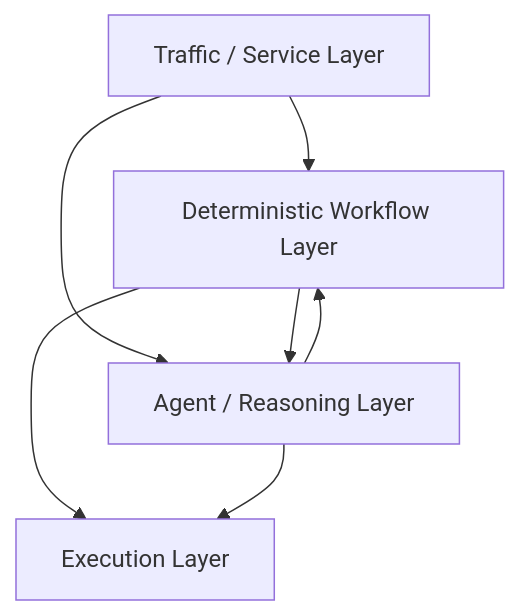
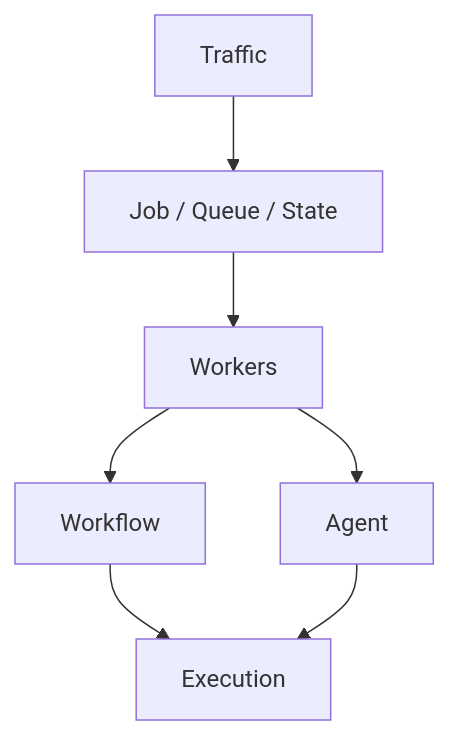
The third of 3 diagrams in rawdata/自动任务编程和部署的通用理解-rawdata.md (klinda78/gemini--chat), drawn with Mermaid before and after one commit. The commit also changed other lines of this file and 6 other files, not shown here.

````diff
--- a/rawdata/自动任务编程和部署的通用理解-rawdata.md
+++ b/rawdata/自动任务编程和部署的通用理解-rawdata.md
@@ -35,16 +113,9 @@
 ```mermaid
 flowchart TB
-    T["Traffic / Service Layer"]
-    W["Deterministic Workflow Layer"]
-    A["Agent / Reasoning Layer"]
-    E["Execution Layer"]
-
-    T --> W
-    T --> A
-
-    W --> A
-    W --> E
-
-    A --> W
-    A --> E
+    TRAFFIC["Traffic"] --> STATE["Job / Queue / State"]
+    STATE --> WORKERS["Workers"]
+    WORKERS --> WORKFLOW["Workflow"]
+    WORKERS --> AGENT["Agent"]
+    WORKFLOW --> EXECUTION["Execution"]
+    AGENT --> EXECUTION
 ```
````
